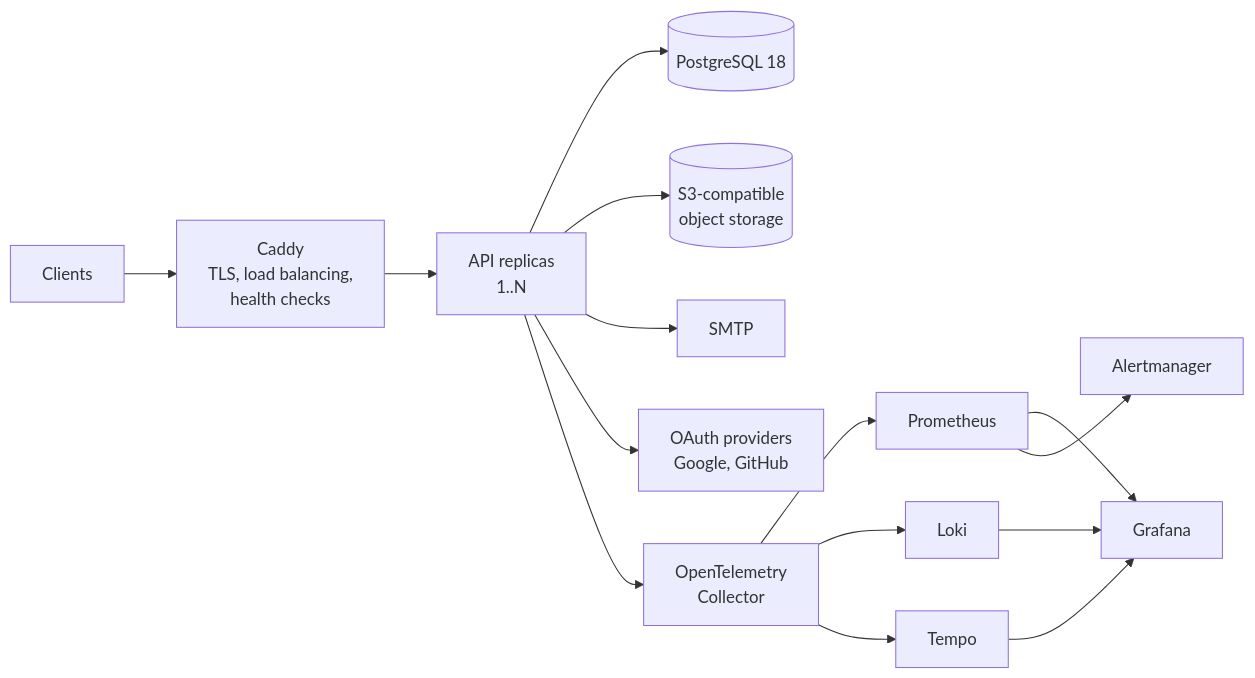
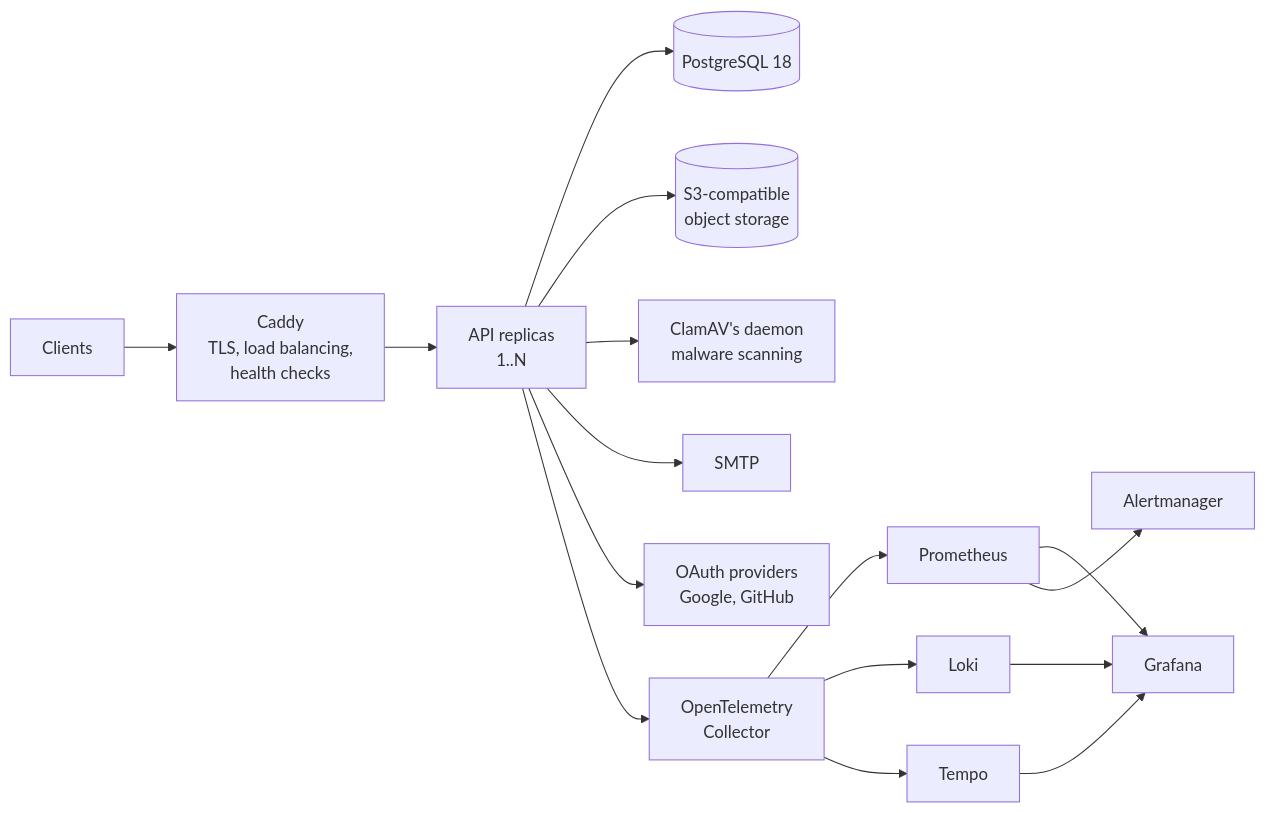
Before and after one commit to Grebyn35/AntWorker-API-Rust: the first of 3 diagrams in docs/architecture.md, drawn with Mermaid. The commit also changed other lines of this file and 55 other files, not shown here.

First line of the commit message:
Scan every upload for malware with ClamAV (FILES-005, D107 to D109)

````diff
--- a/docs/architecture.md
+++ b/docs/architecture.md
@@ -11,13 +11,14 @@
 ```mermaid
 flowchart LR
   client[Clients] --> caddy[Caddy<br/>TLS, load balancing,<br/>health checks]
   caddy --> api[API replicas<br/>1..N]
   api --> pg[(PostgreSQL 18)]
   api --> s3[(S3-compatible<br/>object storage)]
+  api --> clamd[ClamAV's daemon<br/>malware scanning]
   api --> smtp[SMTP]
   api --> oauth[OAuth providers<br/>Google, GitHub]
   api --> otel[OpenTelemetry<br/>Collector]
   otel --> prom[Prometheus] & loki[Loki] & tempo[Tempo]
   prom & loki & tempo --> grafana[Grafana]
   prom --> am[Alertmanager]
 ```
````
